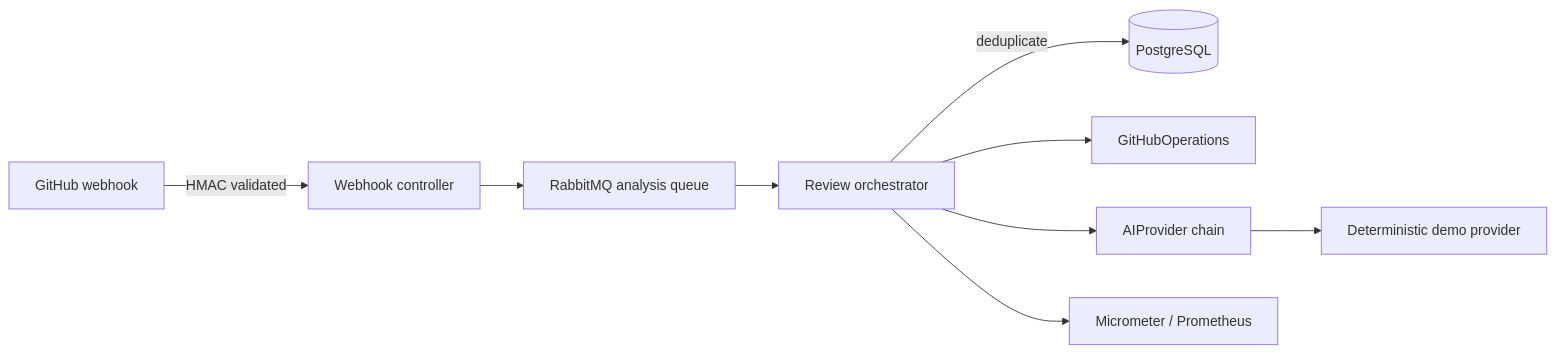
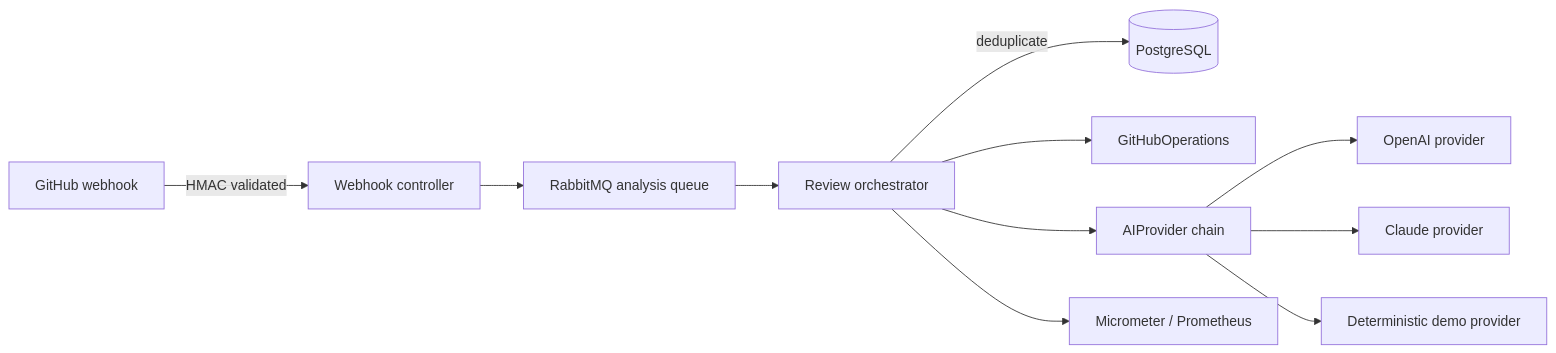
The first of 2 diagrams in docs/architecture.md (albonidrizi/code-sage), drawn with Mermaid before and after one commit. The commit also changed other lines of this file and 10 other files, not shown here.

````diff
--- a/docs/architecture.md
+++ b/docs/architecture.md
@@ -6,11 +6,13 @@
 ```mermaid
 flowchart LR
   GH[GitHub webhook] -->|HMAC validated| API[Webhook controller]
   API --> MQ[RabbitMQ analysis queue]
   MQ --> ORCH[Review orchestrator]
   ORCH -->|deduplicate| DB[(PostgreSQL)]
   ORCH --> GHO[GitHubOperations]
   ORCH --> AIP[AIProvider chain]
+  AIP --> OAI[OpenAI provider]
+  AIP --> CLAUDE[Claude provider]
   AIP --> DEMO[Deterministic demo provider]
   ORCH --> METRICS[Micrometer / Prometheus]
 ```
````
